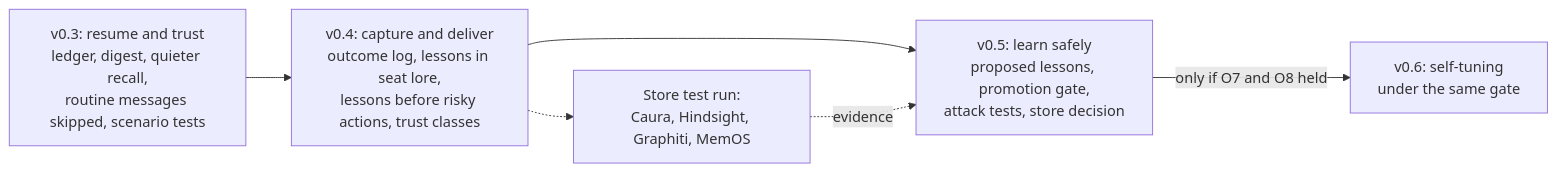
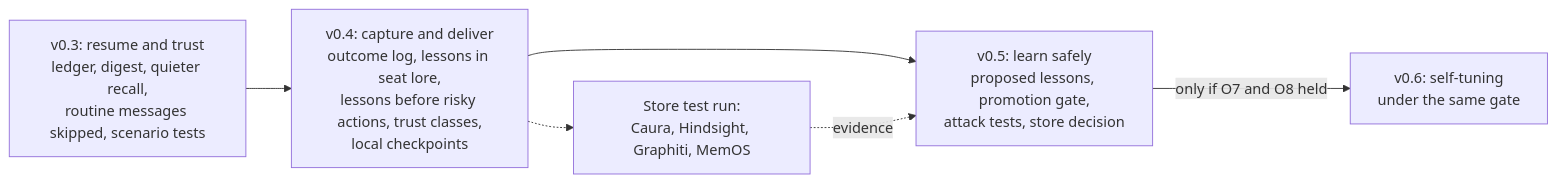
The fifth of 5 diagrams in docs/ARCHITECTURE.md (GravLabs/openrig-honcho), drawn with Mermaid before and after one commit. The commit also changed other lines of this file and 42 other files, not shown here.

````diff
--- a/docs/ARCHITECTURE.md
+++ b/docs/ARCHITECTURE.md
@@ -141,12 +142,12 @@
 ```mermaid
 flowchart LR
   V3["v0.3: resume and trust<br/>ledger, digest, quieter recall,<br/>routine messages skipped, scenario tests"]
-  V4["v0.4: capture and deliver<br/>outcome log, lessons in seat lore,<br/>lessons before risky actions, trust classes"]
+  V4["v0.4: capture and deliver<br/>outcome log, lessons in seat lore,<br/>lessons before risky actions, trust classes,<br/>local checkpoints"]
   V5["v0.5: learn safely<br/>proposed lessons, promotion gate,<br/>attack tests, store decision"]
   V6["v0.6: self-tuning<br/>under the same gate"]
   ST["Store test run:<br/>Caura, Hindsight, Graphiti, MemOS"]
   V3 --> V4 --> V5
   V5 -- "only if O7 and O8 held" --> V6
   V4 -.-> ST
   ST -. "evidence" .-> V5
 ```
````
